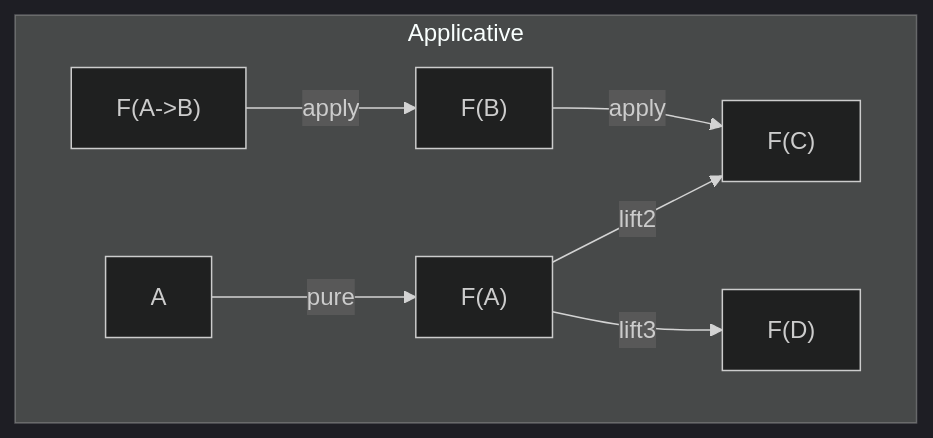
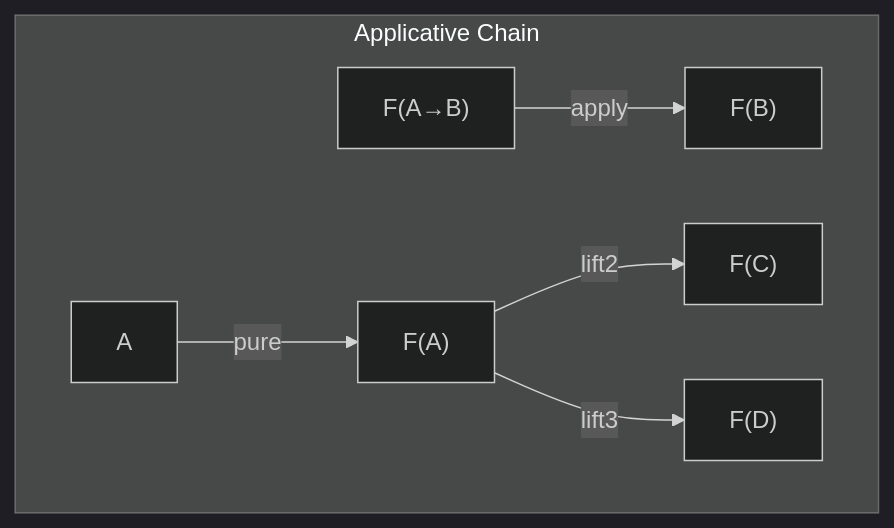
The fifth of 11 diagrams in docs/category_theory.md (but212/rustica), drawn with Mermaid (dark theme) before and after one commit. The commit also changed other lines of this file and 45 other files, not shown here.

````diff
--- a/docs/category_theory.md
+++ b/docs/category_theory.md
@@ -202,10 +156,9 @@
 ```mermaid
 flowchart TB
-    subgraph "Applicative"
-        A["A"] --> |"pure"| FA["F(A)"]
-        FB["F(B)"] --> |"apply"| FC["F(C)"]
-        FF["F(A->B)"] --> |"apply"| FB
-        FA --> |"lift2"| FC
-        FA --> |"lift3"| FD["F(D)"]
+    subgraph "Applicative Chain"
+        A["A"] -->|"pure"| FA["F(A)"]
+        FAB["F(A→B)"] -->|"apply"| FB["F(B)"]
+        FA -->|"lift2"| FC["F(C)"]
+        FA -->|"lift3"| FD["F(D)"]
     end
 ```
````
